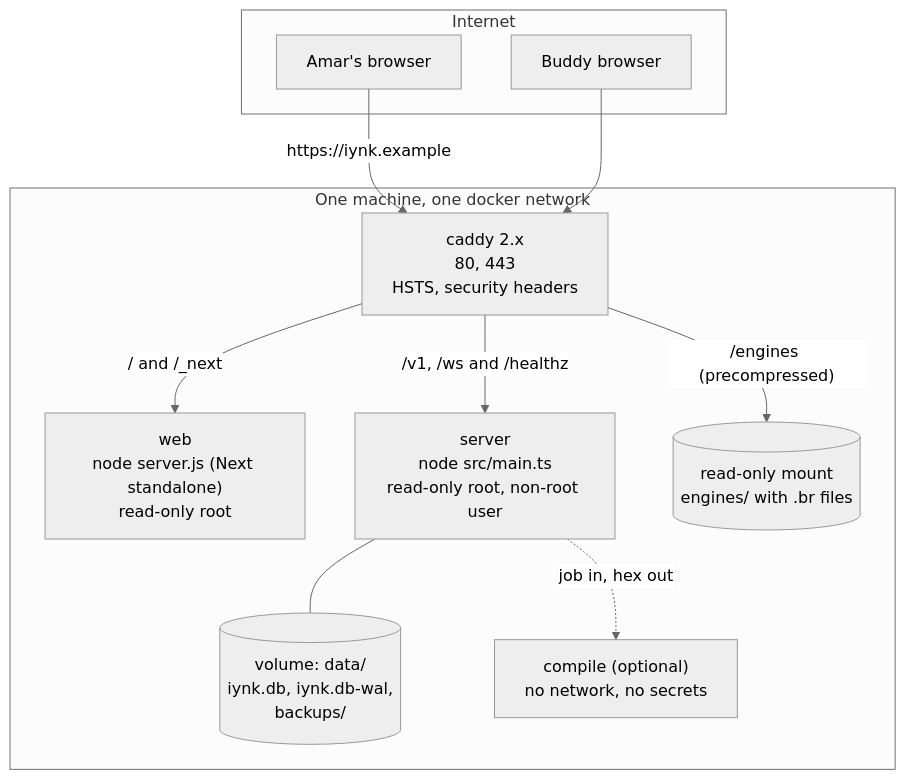
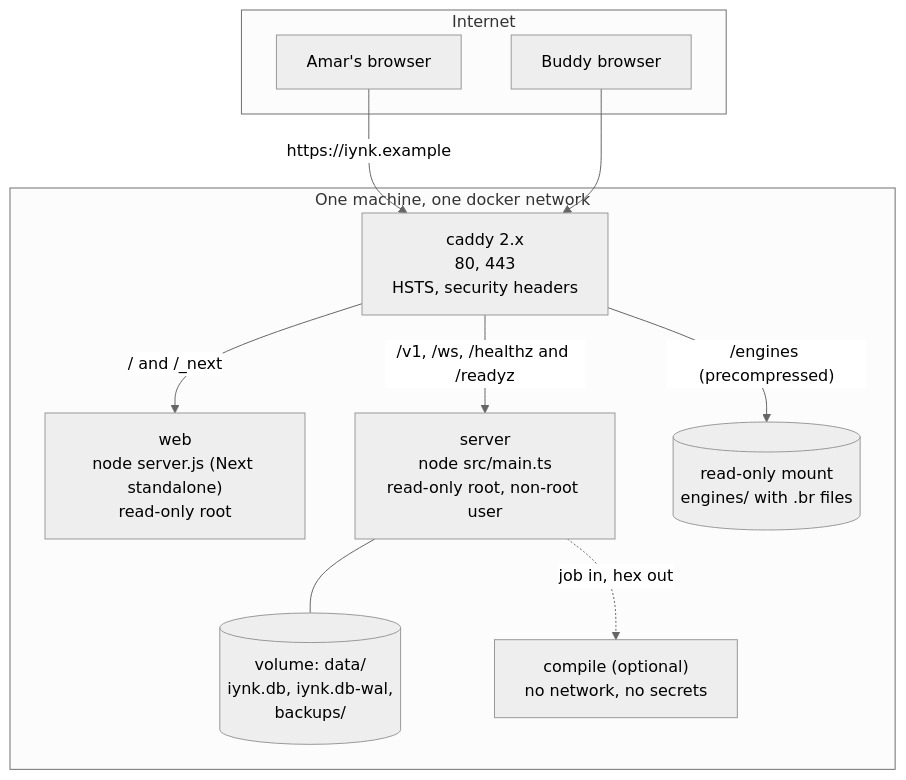
The second of 4 diagrams in docs/MASTER_PLAN/04_ARCHITECTURE/SYSTEM_ARCHITECTURE.md (kushwahaamar-dev/iynk), drawn with Mermaid (neutral theme) before and after one commit. The commit also changed other lines of this file and 104 other files, not shown here.

````diff
--- a/docs/MASTER_PLAN/04_ARCHITECTURE/SYSTEM_ARCHITECTURE.md
+++ b/docs/MASTER_PLAN/04_ARCHITECTURE/SYSTEM_ARCHITECTURE.md
@@ -133,22 +133,22 @@
 ```mermaid
 flowchart TB
   subgraph Internet
     B1["Amar's browser"]
     B2["Buddy browser"]
   end
   subgraph VM["One machine, one docker network"]
     C["caddy 2.x<br/>80, 443<br/>HSTS, security headers"]
     W["web<br/>node server.js (Next standalone)<br/>read-only root"]
     S["server<br/>node src/main.ts<br/>read-only root, non-root user"]
     V[("volume: data/<br/>iynk.db, iynk.db-wal,<br/>backups/")]
     E[("read-only mount<br/>engines/ with .br files")]
     K["compile (optional)<br/>no network, no secrets"]
   end
   B1 -->|"https://iynk.example"| C
   B2 --> C
   C -->|"/ and /_next"| W
-  C -->|"/v1, /ws and /healthz"| S
+  C -->|"/v1, /ws, /healthz and /readyz"| S
   C -->|"/engines (precompressed)"| E
   S --- V
   S -.->|"job in, hex out"| K
 ```
````
